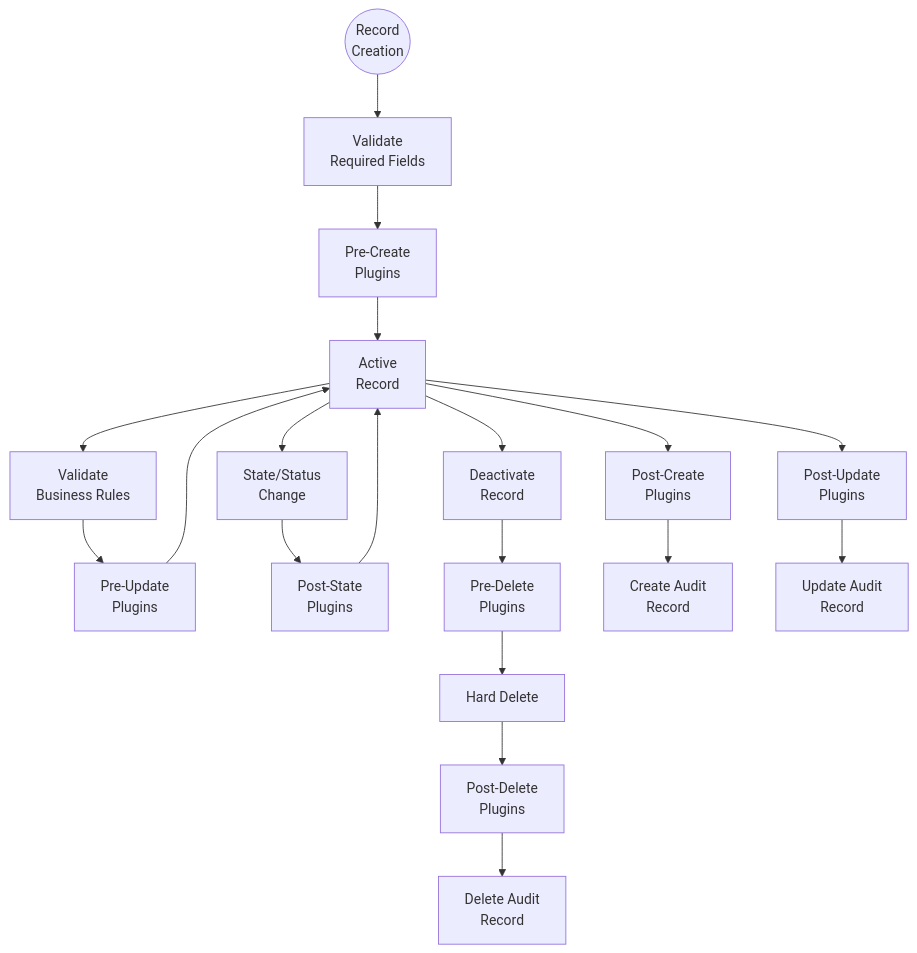
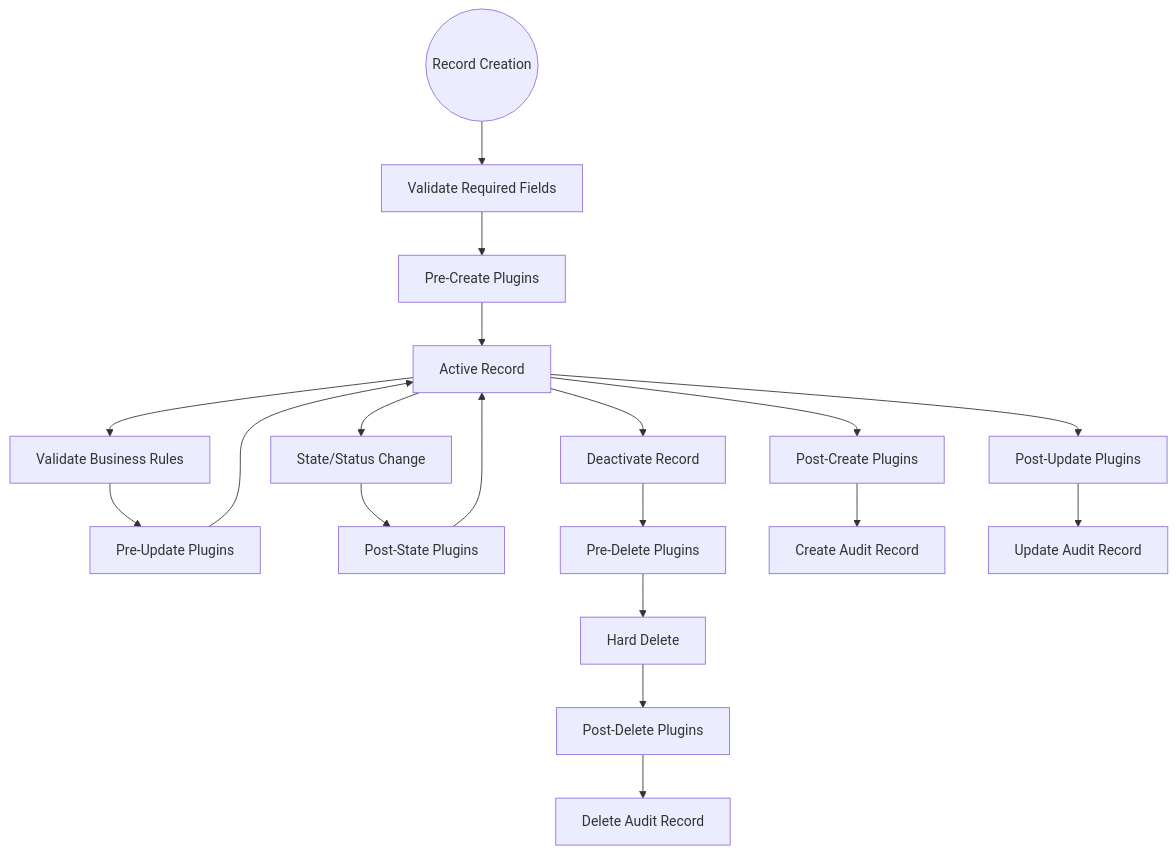
Before and after one commit to JohnDevaSahayam/Dynamic-365-Database-Documentation: the ninth of 15 diagrams in D365_Mermaid_Diagrams.md, drawn with Mermaid. The commit also changed other lines of this file, not shown here.

Commit message:
mermaid diagram docment changes

````diff
--- a/D365_Mermaid_Diagrams.md
+++ b/D365_Mermaid_Diagrams.md
@@ -1285,56 +1062,49 @@
 ```mermaid
 flowchart TD
-    %% ==================== RECORD LIFECYCLE ====================
+    START(("Record Creation"))
     
-    START(("Record<br/>Creation"))
-    
-    PRE_CREATE["Pre-Create<br/>Plugins"]
-    POST_CREATE["Post-Create<br/>Plugins"]
-    VALIDATE_CREATE["Validate<br/>Required Fields"]
-    
-    ACTIVE["Active<br/>Record"]
-    
-    PRE_UPDATE["Pre-Update<br/>Plugins"]
-    POST_UPDATE["Post-Update<br/>Plugins"]
-    VALIDATE_UPDATE["Validate<br/>Business Rules"]
-    
-    STATE_CHANGE["State/Status<br/>Change"]
-    POST_STATE["Post-State<br/>Plugins"]
-    
-    DEACTIVATE["Deactivate<br/>Record"]
-    PRE_DELETE["Pre-Delete<br/>Plugins"]
-    POST_DELETE["Post-Delete<br/>Plugins"]
+    PRE_CREATE["Pre-Create Plugins"]
+    POST_CREATE["Post-Create Plugins"]
+    VALIDATE_CREATE["Validate Required Fields"]
+    ACTIVE["Active Record"]
+    PRE_UPDATE["Pre-Update Plugins"]
+    POST_UPDATE["Post-Update Plugins"]
+    VALIDATE_UPDATE["Validate Business Rules"]
+    STATE_CHANGE["State/Status Change"]
+    POST_STATE["Post-State Plugins"]
+    DEACTIVATE["Deactivate Record"]
+    PRE_DELETE["Pre-Delete Plugins"]
     HARD_DELETE["Hard Delete"]
-    
-    AUDIT_CREATE["Create Audit<br/>Record"]
-    AUDIT_UPDATE["Update Audit<br/>Record"]
-    AUDIT_DELETE["Delete Audit<br/>Record"]
+    POST_DELETE["Post-Delete Plugins"]
+    AUDIT_CREATE["Create Audit Record"]
+    AUDIT_UPDATE["Update Audit Record"]
+    AUDIT_DELETE["Delete Audit Record"]
     
     %% Connections
     START --> VALIDATE_CREATE
     VALIDATE_CREATE --> PRE_CREATE
     PRE_CREATE --> ACTIVE
     ACTIVE --> POST_CREATE
     POST_CREATE --> AUDIT_CREATE
     
     ACTIVE --> VALIDATE_UPDATE
     VALIDATE_UPDATE --> PRE_UPDATE
     PRE_UPDATE --> ACTIVE
     ACTIVE --> POST_UPDATE
     POST_UPDATE --> AUDIT_UPDATE
     
     ACTIVE --> STATE_CHANGE
     STATE_CHANGE --> POST_STATE
     POST_STATE --> ACTIVE
     
     ACTIVE --> DEACTIVATE
     DEACTIVATE --> PRE_DELETE
     PRE_DELETE --> HARD_DELETE
     HARD_DELETE --> POST_DELETE
     POST_DELETE --> AUDIT_DELETE
     
     class START,ACTIVE fill:#e3f2fd,stroke:#1565c0
     class PRE_CREATE,POST_CREATE,PRE_UPDATE,POST_UPDATE,PRE_DELETE,POST_DELETE fill:#fff8e1,stroke:#ff8f00
     class VALIDATE_CREATE,VALIDATE_UPDATE,STATE_CHANGE,DEACTIVATE fill:#fce4ec,stroke:#c2185b
     class AUDIT_CREATE,AUDIT_UPDATE,AUDIT_DELETE fill:#f3e5f5,stroke:#7b1fa2
 ```
````
